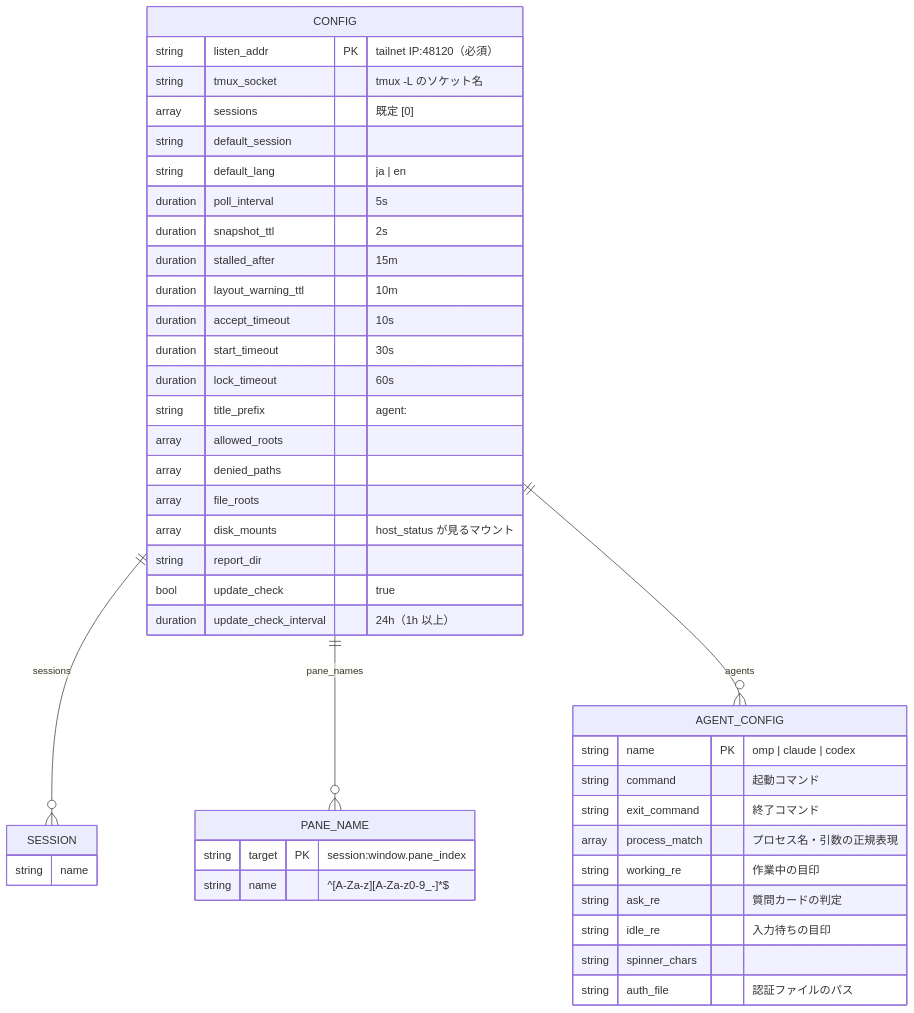
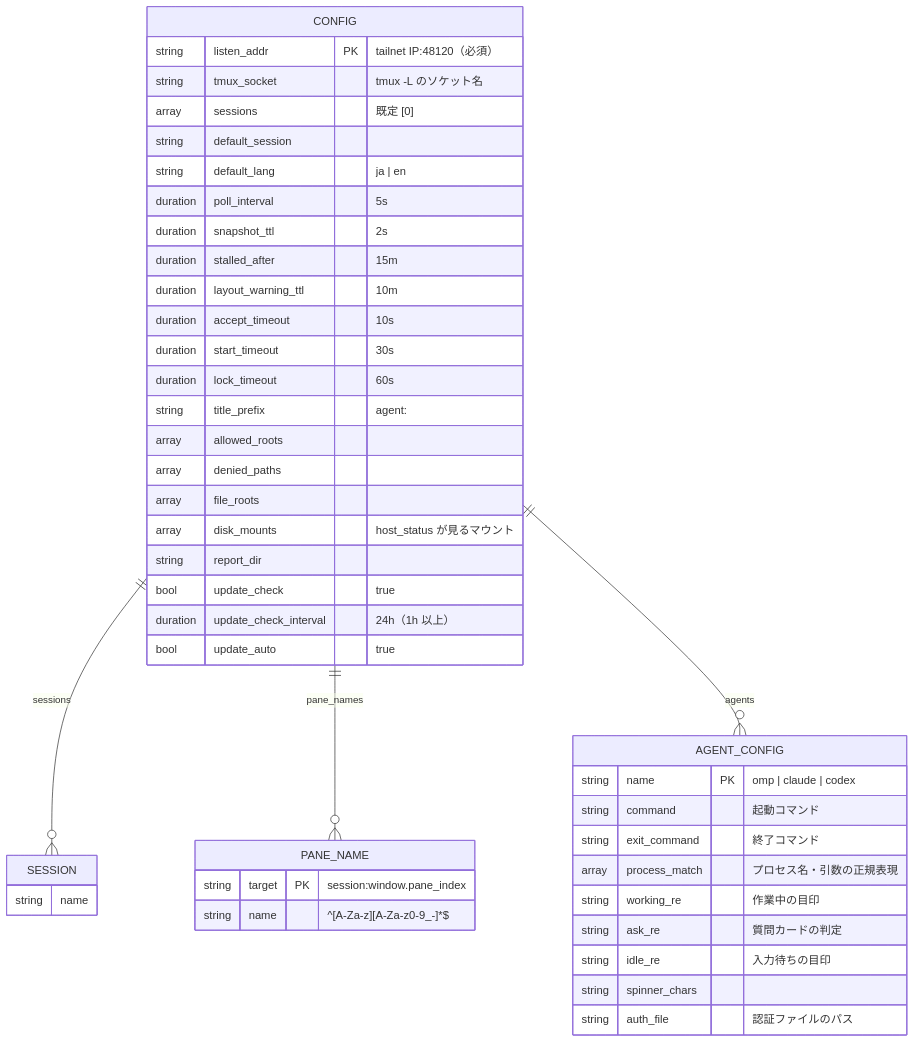
The eighth of 9 diagrams in docs/architecture/er.md (ousiassllc/swarm-console), drawn with Mermaid before and after one commit. The commit also changed other lines of this file and 7 other files, not shown here.

````diff
--- a/docs/architecture/er.md
+++ b/docs/architecture/er.md
@@ -315,47 +316,48 @@
 ```mermaid
 erDiagram
     CONFIG ||--o{ SESSION : "sessions"
     CONFIG ||--o{ PANE_NAME : "pane_names"
     CONFIG ||--o{ AGENT_CONFIG : "agents"
 
     CONFIG {
         string listen_addr PK "tailnet IP:48120（必須）"
         string tmux_socket "tmux -L のソケット名"
         array sessions "既定 [0]"
         string default_session
         string default_lang "ja | en"
         duration poll_interval "5s"
         duration snapshot_ttl "2s"
         duration stalled_after "15m"
         duration layout_warning_ttl "10m"
         duration accept_timeout "10s"
         duration start_timeout "30s"
         duration lock_timeout "60s"
         string title_prefix "agent: "
         array allowed_roots
         array denied_paths
         array file_roots
         array disk_mounts "host_status が見るマウント"
         string report_dir
         bool update_check "true"
         duration update_check_interval "24h（1h 以上）"
+        bool update_auto "true"
     }
     SESSION {
         string name
     }
     PANE_NAME {
         string target PK "session:window.pane_index"
         string name "^[A-Za-z][A-Za-z0-9_-]*$"
     }
     AGENT_CONFIG {
         string name PK "omp | claude | codex"
         string command "起動コマンド"
         string exit_command "終了コマンド"
         array process_match "プロセス名・引数の正規表現"
         string working_re "作業中の目印"
         string ask_re "質問カードの判定"
         string idle_re "入力待ちの目印"
         string spinner_chars
         string auth_file "認証ファイルのパス"
     }
 ```
````
